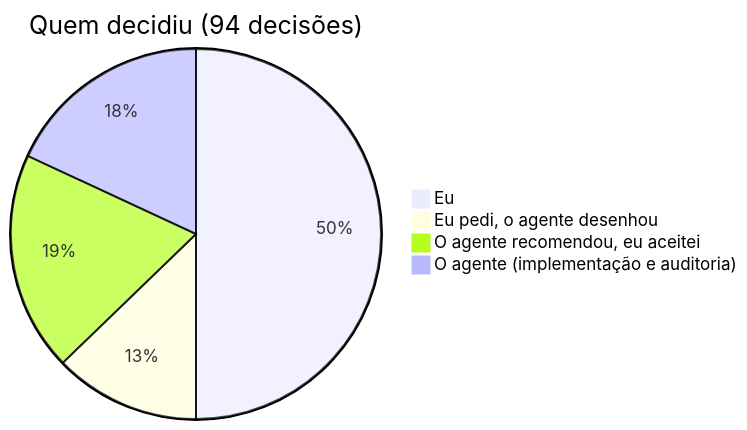
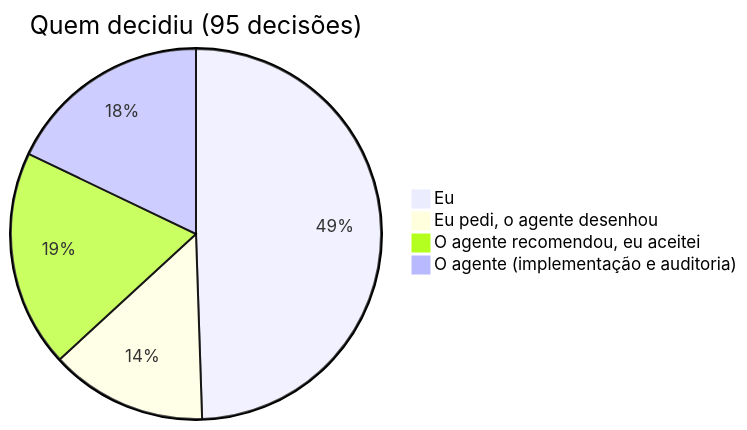
One commit to micaelcf/parcela-mais-case changed the sixth of 6 diagrams in README.md. Above: the diagram before and after it, drawn with Mermaid. The commit also changed other lines of this file and 7 other files, not shown here.

````diff
--- a/README.md
+++ b/README.md
@@ -247,7 +250,7 @@
 ```mermaid
-pie title Quem decidiu (94 decisões)
+pie title Quem decidiu (95 decisões)
     "Eu" : 47
-    "Eu pedi, o agente desenhou" : 12
+    "Eu pedi, o agente desenhou" : 13
     "O agente recomendou, eu aceitei" : 18
     "O agente (implementação e auditoria)" : 17
 ```
````
